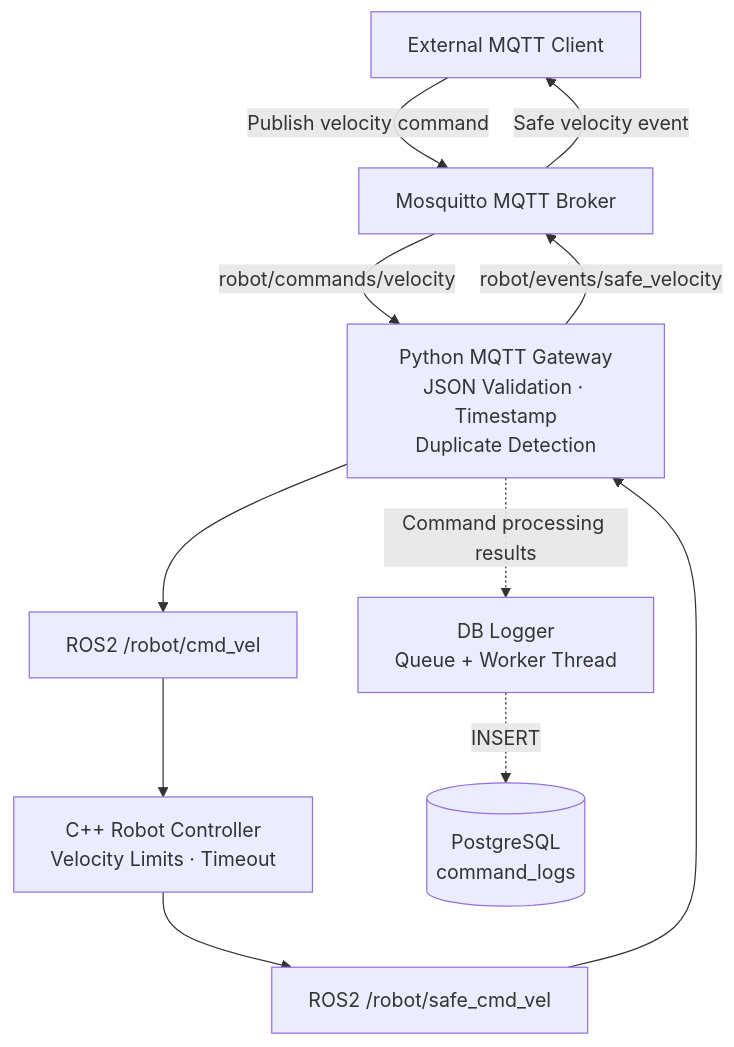
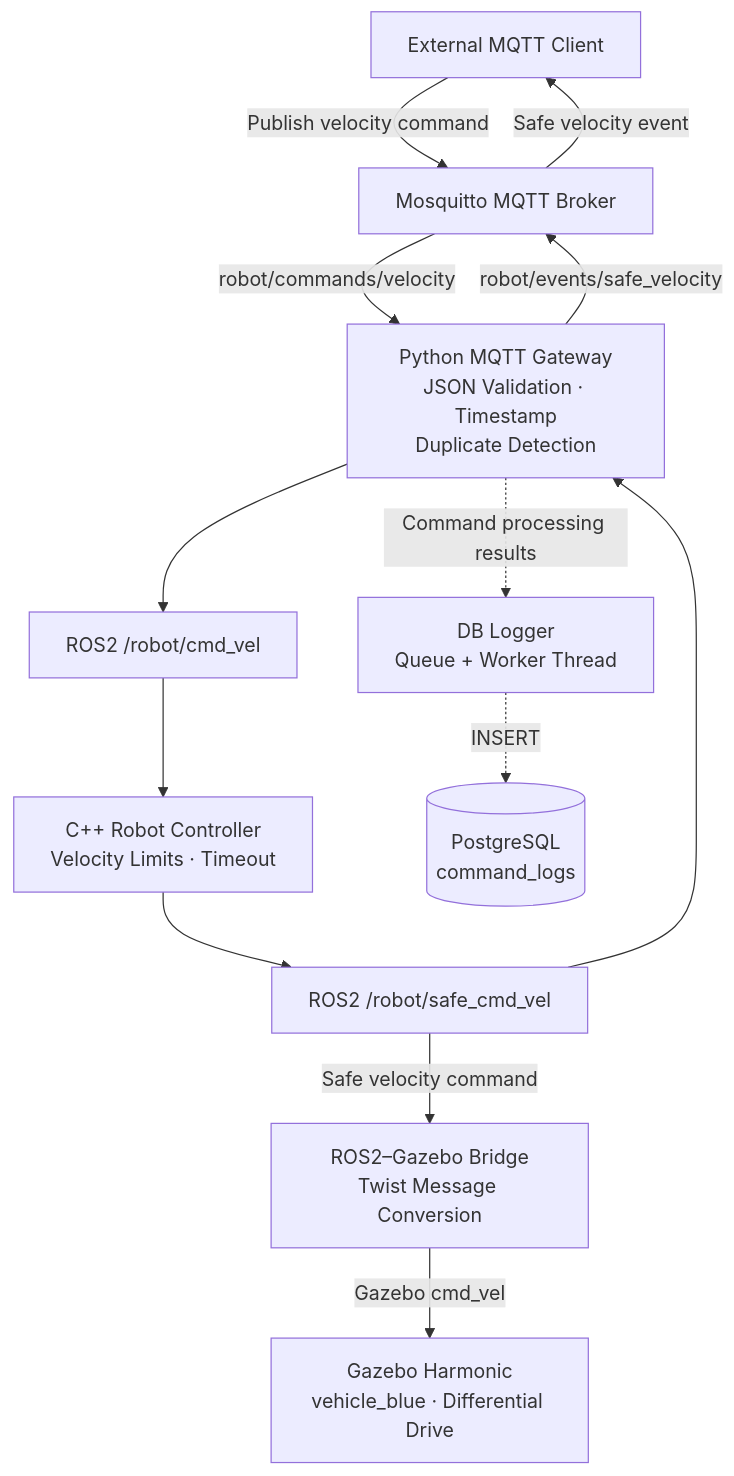
Before and after one commit to junnuj00/ros2_robot_gateway: the diagram in docs/architecture.md, drawn with Mermaid. The commit also changed other lines of this file and 2 other files, not shown here.

Commit message:
Document Gazebo Harmonic robot integration

````diff
--- a/docs/architecture.md
+++ b/docs/architecture.md
@@ -5,23 +5,29 @@
 ```mermaid
 flowchart TB
     A["External MQTT Client"]
     B["Mosquitto MQTT Broker"]
     C["Python MQTT Gateway<br/>JSON Validation · Timestamp<br/>Duplicate Detection"]
     D["ROS2 /robot/cmd_vel"]
     E["C++ Robot Controller<br/>Velocity Limits · Timeout"]
     F["ROS2 /robot/safe_cmd_vel"]
     G["DB Logger<br/>Queue + Worker Thread"]
     H[("PostgreSQL<br/>command_logs")]
+    I["ROS2–Gazebo Bridge<br/>Twist Message Conversion"]
+    J["Gazebo Harmonic<br/>vehicle_blue · Differential Drive"]
 
     A -->|"Publish velocity command"| B
     B -->|"robot/commands/velocity"| C
     C --> D
     D --> E
     E --> F
+
     F --> C
     C -->|"robot/events/safe_velocity"| B
     B -->|"Safe velocity event"| A
 
+    F -->|"Safe velocity command"| I
+    I -->|"Gazebo cmd_vel"| J
+
     C -.->|"Command processing results"| G
     G -.->|"INSERT"| H
 ```
````
